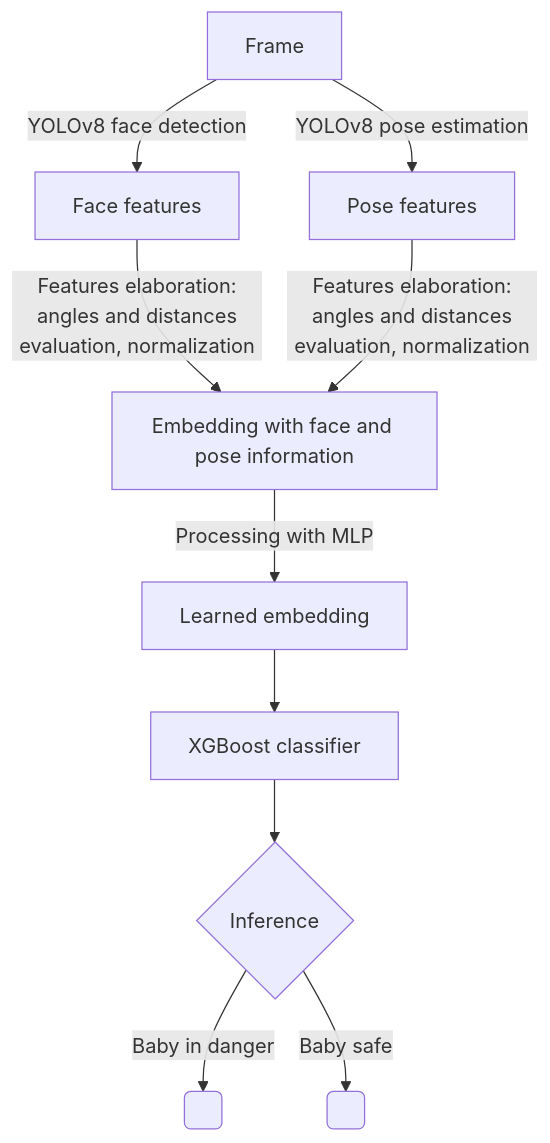
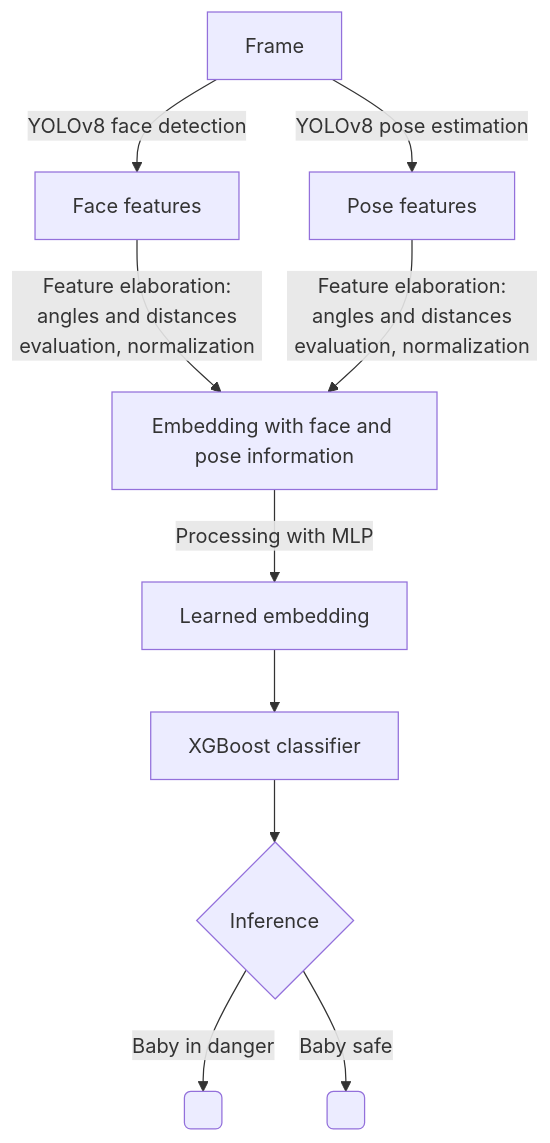
Before and after one commit to Lori-in-the-clouds/SIDS_revelation_project: the second of 2 diagrams in README.md, drawn with Mermaid. The commit also changed other lines of this file and 3 other files, not shown here.

````diff
--- a/README.md
+++ b/README.md
@@ -44,15 +50,15 @@
 ```mermaid
 flowchart TD
     A[Frame] --> |YOLOv8 face detection| B[Face features]
     A--> |YOLOv8 pose estimation| C[Pose features]
-    B--> |Features elaboration:\n angles and distances evaluation, normalization| D
-    C--> |Features elaboration:\n angles and distances evaluation, normalization| D
+    B--> |Feature elaboration:\n angles and distances evaluation, normalization| D
+    C--> |Feature elaboration:\n angles and distances evaluation, normalization| D
     D[Embedding with face and pose information]
     D-->|Processing with MLP| E[ Learned embedding ]
     E--> G[XGBoost classifier]
     G--> H{Inference}
     H -->|Baby in danger| I( )
     H -->|Baby safe| K( )
     
     
 ```
````
